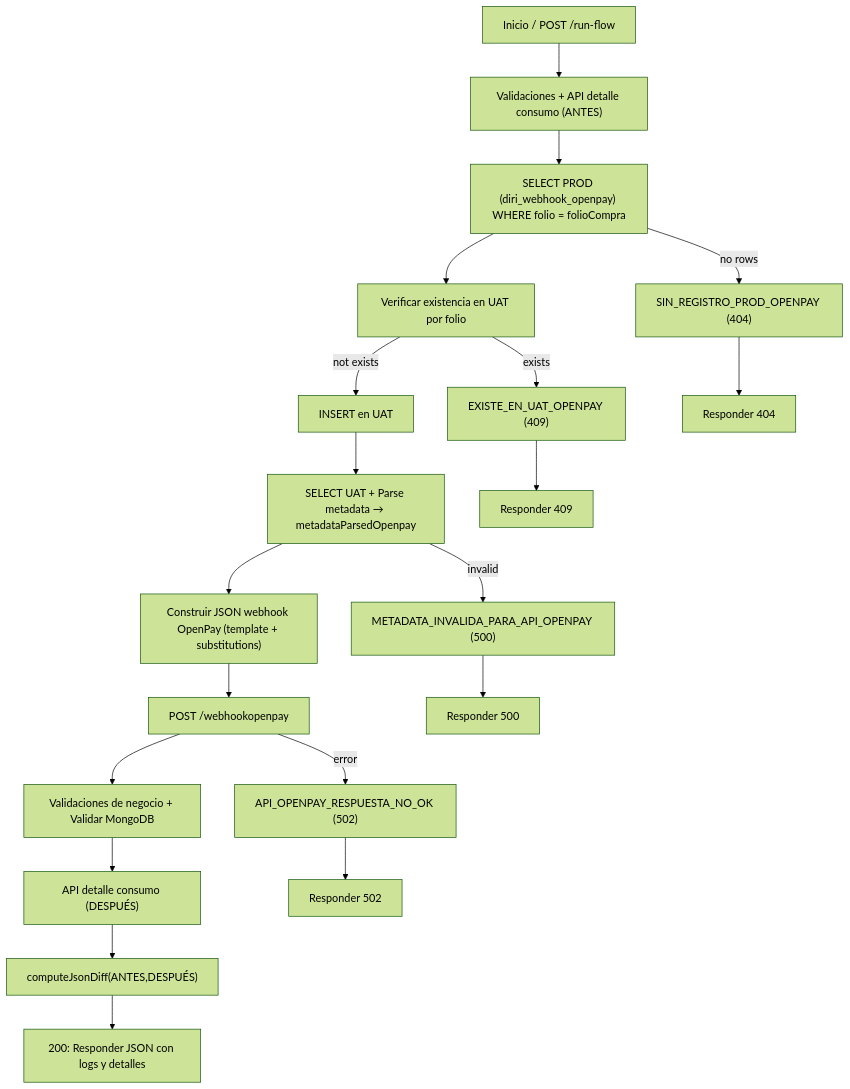
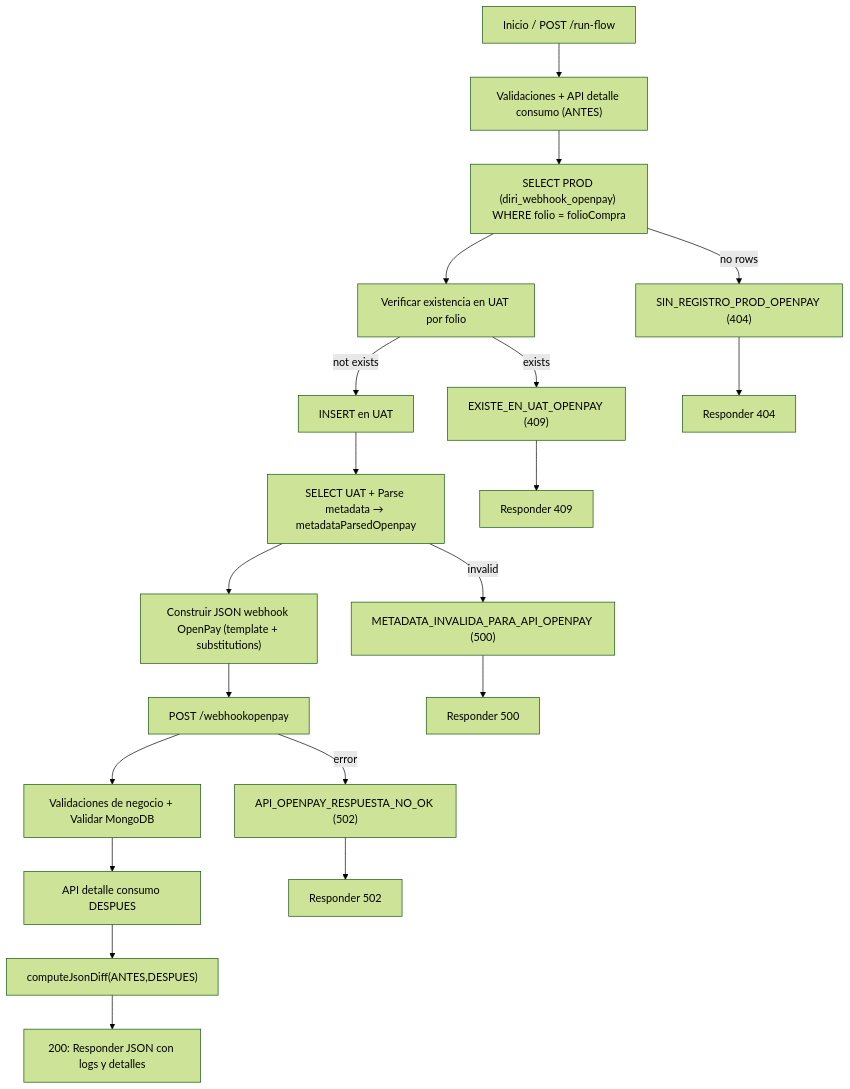
Before and after one commit to EdgarViOl/QA_Diri: the third of 6 diagrams in README.md, drawn with Mermaid (forest theme). The commit also changed other lines of this file and 1 other file, not shown here.

Commit message:
Fix a los diagramas

````diff
--- a/README.md
+++ b/README.md
@@ -198,22 +198,22 @@
 ```mermaid
 flowchart TD
   StartOP["Inicio / POST /run-flow"] --> ValidacionesOP["Validaciones + API detalle consumo (ANTES)"]
   ValidacionesOP --> ConsultaProdOP["SELECT PROD (diri_webhook_openpay) WHERE folio = folioCompra"]
   ConsultaProdOP -->|no rows| NoProdOP["SIN_REGISTRO_PROD_OPENPAY (404)"]
   ConsultaProdOP --> VerificarUatOP["Verificar existencia en UAT por folio"]
   VerificarUatOP -->|exists| ExisteUatOP["EXISTE_EN_UAT_OPENPAY (409)"]
   VerificarUatOP -->|not exists| InsertUatOP["INSERT en UAT"]
   InsertUatOP --> RecuperarMeta["SELECT UAT + Parse metadata → metadataParsedOpenpay"]
   RecuperarMeta -->|invalid| MetadataInvalidOP["METADATA_INVALIDA_PARA_API_OPENPAY (500)"]
   RecuperarMeta --> BuildOpenpay["Construir JSON webhook OpenPay (template + substitutions)"]
   BuildOpenpay --> CallOpenpay["POST /webhookopenpay"]
   CallOpenpay -->|error| ApiErrorOP["API_OPENPAY_RESPUESTA_NO_OK (502)"]
   CallOpenpay --> ValidacionesNegocioOP["Validaciones de negocio + Validar MongoDB"]
-  ValidacionesNegocioOP --> ConsumoDespuesOP["API detalle consumo (DESPUÉS)"]
-  ConsumoDespuesOP --> ComputeDiffOP["computeJsonDiff(ANTES,DESPUÉS)"]
+  ValidacionesNegocioOP --> ConsumoDespuesOP["API detalle consumo DESPUES"]
+  ConsumoDespuesOP --> ComputeDiffOP["computeJsonDiff(ANTES,DESPUES)"]
   ComputeDiffOP --> ResponseOP["200: Responder JSON con logs y detalles"]
   NoProdOP --> ResponseErrOP1["Responder 404"]
   ExisteUatOP --> ResponseErrOP2["Responder 409"]
   MetadataInvalidOP --> ResponseErrOP3["Responder 500"]
   ApiErrorOP --> ResponseErrOP4["Responder 502"]
 ```
````
